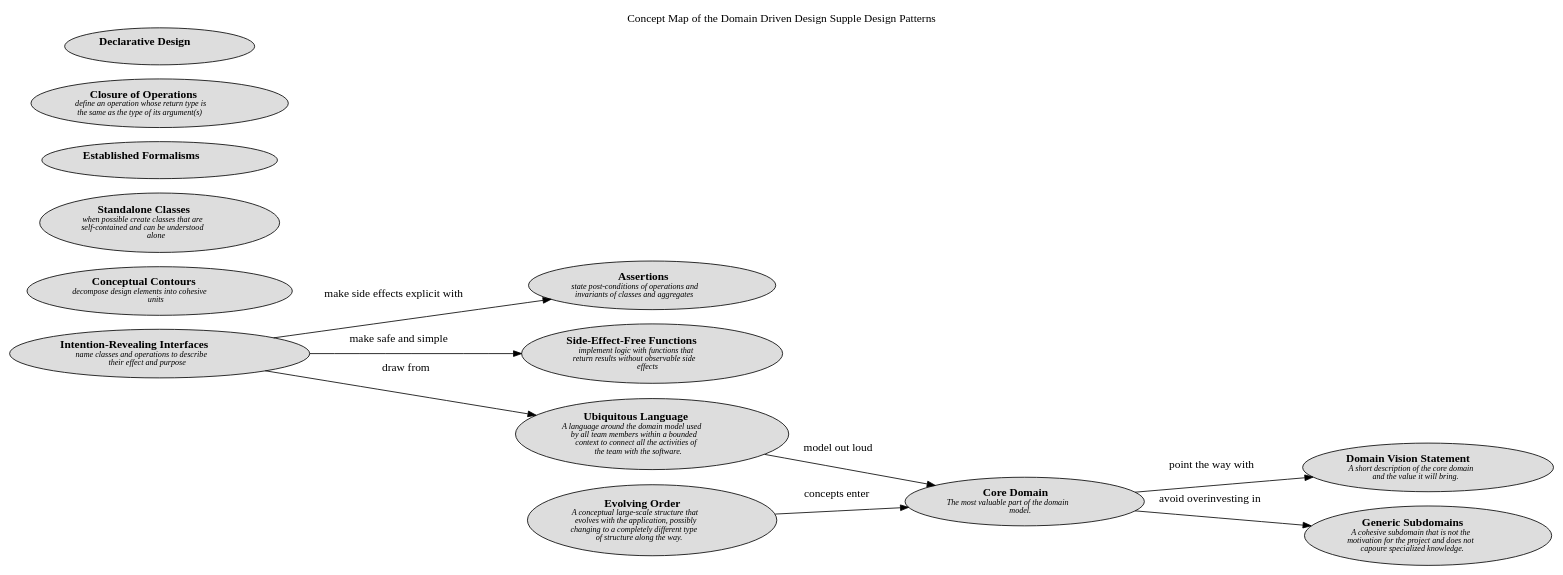
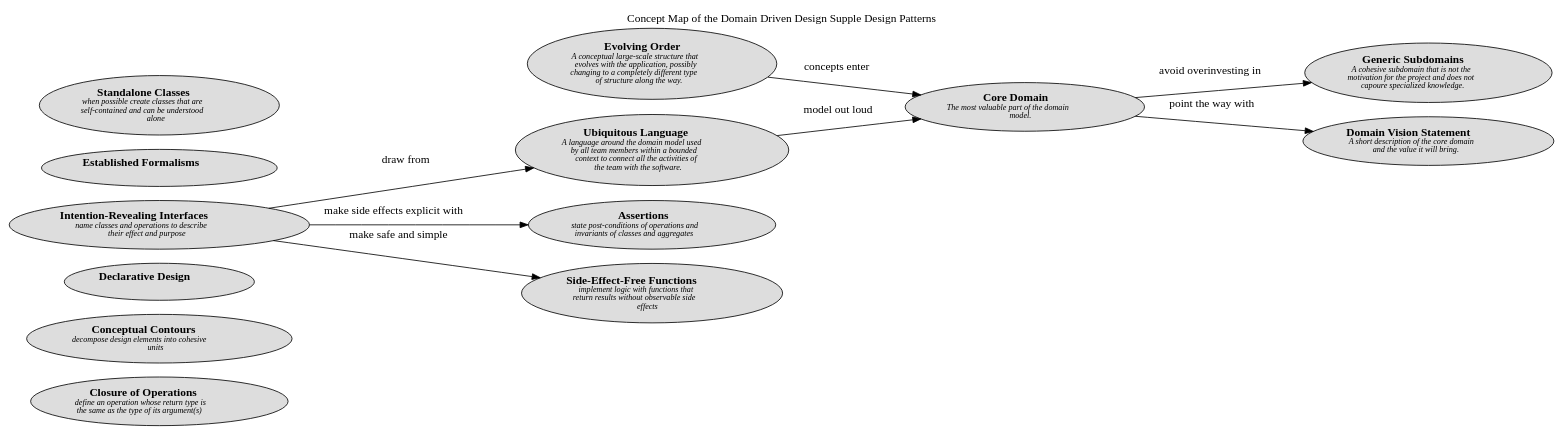
The diagram in docs/software-development/domain-driven-design/supple-design/concept-view.dot (lsolbach/overarch-models), drawn with Graphviz before and after one commit. The commit also changed other lines of this file and 70 other files, not shown here.

```diff
--- a/docs/software-development/domain-driven-design/supple-design/concept-view.dot
+++ b/docs/software-development/domain-driven-design/supple-design/concept-view.dot
@@ -1,31 +1,31 @@
 digraph "Concept Map of the Domain Driven Design Supple Design Patterns" {
   labelloc= "t"
   label="Concept Map of the Domain Driven Design Supple Design Patterns"
   rankdir="LR"
 
   layout=dot
-software_development_domain_driven_design_supple_design__assertions [shape=ellipse style=filled fillcolor="#dddddd" label=<<B>Assertions</B><BR/><FONT POINT-SIZE="10"><I>state post-conditions of operations and<BR/>invariants of classes and aggregates </I></FONT>>]
+software_development_domain_driven_design_supple_design__closure_of_operations [shape=ellipse style=filled fillcolor="#dddddd" label=<<B>Closure of Operations</B><BR/><FONT POINT-SIZE="10"><I>define an operation whose return type is<BR/>the same as the type of its argument(s) </I></FONT>>]
 software_development_domain_driven_design_supple_design__conceptual_contours [shape=ellipse style=filled fillcolor="#dddddd" label=<<B>Conceptual Contours</B><BR/><FONT POINT-SIZE="10"><I>decompose design elements into cohesive<BR/>units </I></FONT>>]
-software_development_domain_driven_design_supple_design__side_effect_free_functions [shape=ellipse style=filled fillcolor="#dddddd" label=<<B>Side-Effect-Free Functions</B><BR/><FONT POINT-SIZE="10"><I>implement logic with functions that<BR/>return results without observable side<BR/>effects </I></FONT>>]
-software_development_domain_driven_design_distillation__c_domain_vision_statement [shape=ellipse style=filled fillcolor="#dddddd" label=<<B>Domain Vision Statement</B><BR/><FONT POINT-SIZE="10"><I>A short description of the core domain<BR/>and the value it will bring. </I></FONT>>]
-software_development_domain_driven_design_modelling__c_ubiquitous_language [shape=ellipse style=filled fillcolor="#dddddd" label=<<B>Ubiquitous Language</B><BR/><FONT POINT-SIZE="10"><I>A language around the domain model used<BR/>by all team members within a bounded<BR/>context to connect all the activities of<BR/>the team with the software. </I></FONT>>]
-software_development_domain_driven_design_supple_design__standalone_classes [shape=ellipse style=filled fillcolor="#dddddd" label=<<B>Standalone Classes</B><BR/><FONT POINT-SIZE="10"><I>when possible create classes that are<BR/>self-contained and can be understood<BR/>alone </I></FONT>>]
-software_development_domain_driven_design_supple_design__established_formalisms [shape=ellipse style=filled fillcolor="#dddddd" label=<<B>Established Formalisms</B><BR/><FONT POINT-SIZE="10"><I> </I></FONT>>]
+software_development_domain_driven_design_supple_design__declarative_design [shape=ellipse style=filled fillcolor="#dddddd" label=<<B>Declarative Design</B><BR/><FONT POINT-SIZE="10"><I> </I></FONT>>]
 software_development_domain_driven_design_large_scale_structure__c_evolving_order [shape=ellipse style=filled fillcolor="#dddddd" label=<<B>Evolving Order</B><BR/><FONT POINT-SIZE="10"><I>A conceptual large-scale structure that<BR/>evolves with the application, possibly<BR/>changing to a completely different type<BR/>of structure along the way. </I></FONT>>]
 software_development_domain_driven_design_supple_design__intention_revealing_interfaces [shape=ellipse style=filled fillcolor="#dddddd" label=<<B>Intention-Revealing Interfaces</B><BR/><FONT POINT-SIZE="10"><I>name classes and operations to describe<BR/>their effect and purpose </I></FONT>>]
+software_development_domain_driven_design_modelling__c_ubiquitous_language [shape=ellipse style=filled fillcolor="#dddddd" label=<<B>Ubiquitous Language</B><BR/><FONT POINT-SIZE="10"><I>A language around the domain model used<BR/>by all team members within a bounded<BR/>context to connect all the activities of<BR/>the team with the software. </I></FONT>>]
+software_development_domain_driven_design_distillation__c_core_domain [shape=ellipse style=filled fillcolor="#dddddd" label=<<B>Core Domain</B><BR/><FONT POINT-SIZE="10"><I>The most valuable part of the domain<BR/>model. </I></FONT>>]
+software_development_domain_driven_design_supple_design__assertions [shape=ellipse style=filled fillcolor="#dddddd" label=<<B>Assertions</B><BR/><FONT POINT-SIZE="10"><I>state post-conditions of operations and<BR/>invariants of classes and aggregates </I></FONT>>]
+software_development_domain_driven_design_supple_design__established_formalisms [shape=ellipse style=filled fillcolor="#dddddd" label=<<B>Established Formalisms</B><BR/><FONT POINT-SIZE="10"><I> </I></FONT>>]
 software_development_domain_driven_design_distillation__c_generic_subdomains [shape=ellipse style=filled fillcolor="#dddddd" label=<<B>Generic Subdomains</B><BR/><FONT POINT-SIZE="10"><I>A cohesive subdomain that is not the<BR/>motivation for the project and does not<BR/>capoure specialized knowledge. </I></FONT>>]
-software_development_domain_driven_design_supple_design__closure_of_operations [shape=ellipse style=filled fillcolor="#dddddd" label=<<B>Closure of Operations</B><BR/><FONT POINT-SIZE="10"><I>define an operation whose return type is<BR/>the same as the type of its argument(s) </I></FONT>>]
-software_development_domain_driven_design_distillation__c_core_domain [shape=ellipse style=filled fillcolor="#dddddd" label=<<B>Core Domain</B><BR/><FONT POINT-SIZE="10"><I>The most valuable part of the domain<BR/>model. </I></FONT>>]
-software_development_domain_driven_design_supple_design__declarative_design [shape=ellipse style=filled fillcolor="#dddddd" label=<<B>Declarative Design</B><BR/><FONT POINT-SIZE="10"><I> </I></FONT>>]
+software_development_domain_driven_design_distillation__c_domain_vision_statement [shape=ellipse style=filled fillcolor="#dddddd" label=<<B>Domain Vision Statement</B><BR/><FONT POINT-SIZE="10"><I>A short description of the core domain<BR/>and the value it will bring. </I></FONT>>]
+software_development_domain_driven_design_supple_design__standalone_classes [shape=ellipse style=filled fillcolor="#dddddd" label=<<B>Standalone Classes</B><BR/><FONT POINT-SIZE="10"><I>when possible create classes that are<BR/>self-contained and can be understood<BR/>alone </I></FONT>>]
+software_development_domain_driven_design_supple_design__side_effect_free_functions [shape=ellipse style=filled fillcolor="#dddddd" label=<<B>Side-Effect-Free Functions</B><BR/><FONT POINT-SIZE="10"><I>implement logic with functions that<BR/>return results without observable side<BR/>effects </I></FONT>>]
  
 software_development_domain_driven_design_modelling__c_ubiquitous_language -> software_development_domain_driven_design_distillation__c_core_domain [label=<model out loud<BR/><FONT POINT-SIZE="10"><I> </I></FONT>>]
 software_development_domain_driven_design_distillation__c_core_domain -> software_development_domain_driven_design_distillation__c_generic_subdomains [label=<avoid overinvesting in<BR/><FONT POINT-SIZE="10"><I> </I></FONT>>]
 software_development_domain_driven_design_supple_design__intention_revealing_interfaces -> software_development_domain_driven_design_supple_design__assertions [label=<make side effects explicit with<BR/><FONT POINT-SIZE="10"><I> </I></FONT>>]
 software_development_domain_driven_design_distillation__c_core_domain -> software_development_domain_driven_design_distillation__c_domain_vision_statement [label=<point the way with<BR/><FONT POINT-SIZE="10"><I> </I></FONT>>]
 software_development_domain_driven_design_supple_design__intention_revealing_interfaces -> software_development_domain_driven_design_supple_design__side_effect_free_functions [label=<make safe and simple<BR/><FONT POINT-SIZE="10"><I> </I></FONT>>]
 software_development_domain_driven_design_supple_design__intention_revealing_interfaces -> software_development_domain_driven_design_modelling__c_ubiquitous_language [label=<draw from<BR/><FONT POINT-SIZE="10"><I> </I></FONT>>]
 software_development_domain_driven_design_large_scale_structure__c_evolving_order -> software_development_domain_driven_design_distillation__c_core_domain [label=<concepts enter<BR/><FONT POINT-SIZE="10"><I> </I></FONT>>]
  
 }
 
 // (generated by Overarch with template views/view.dot.cmb)
```
